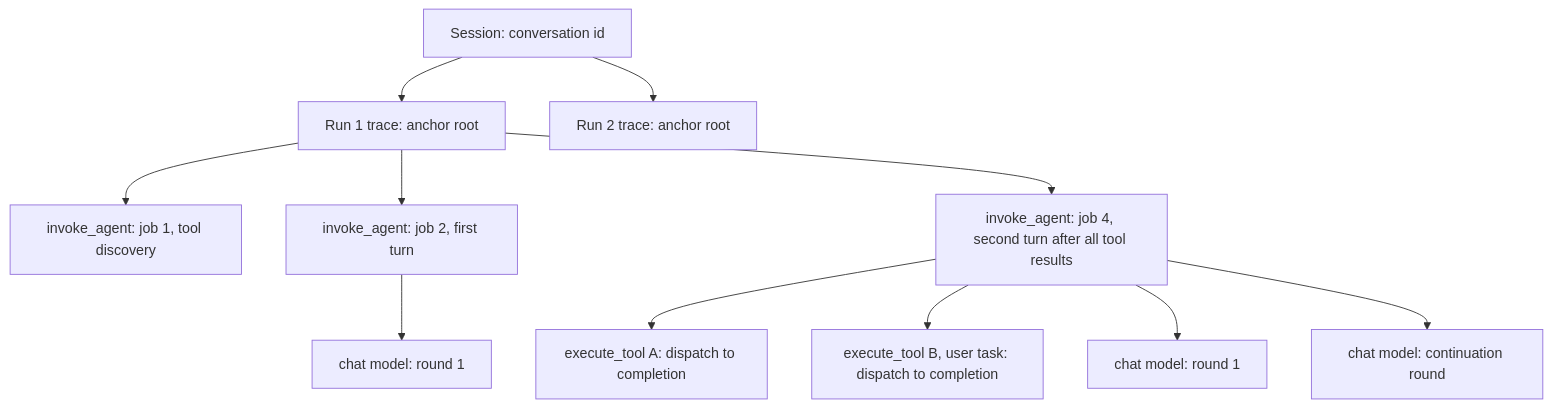
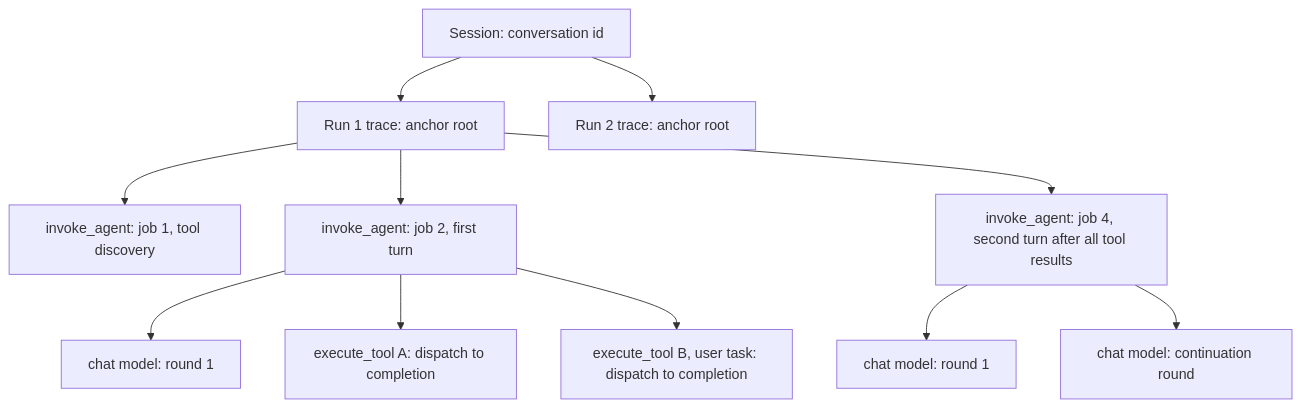
Before and after one commit to camunda/connectors: the first of 5 diagrams in docs/plans/2026-10-05-1445-feat-ai-agent-otel-genai-tracing-plan.md, drawn with Mermaid. The commit also changed other lines of this file and 2 other files, not shown here.

Commit message:
docs(agentic-ai): document the tool span parent and the run state field

````diff
--- a/docs/plans/2026-10-05-1445-feat-ai-agent-otel-genai-tracing-plan.md
+++ b/docs/plans/2026-10-05-1445-feat-ai-agent-otel-genai-tracing-plan.md
@@ -78,13 +78,13 @@
 ```mermaid
 flowchart TB
   S[Session: conversation id] --> R1[Run 1 trace: anchor root]
   S --> R2[Run 2 trace: anchor root]
   R1 --> J1[invoke_agent: job 1, tool discovery]
   R1 --> J2[invoke_agent: job 2, first turn]
   J2 --> C1[chat model: round 1]
+  J2 --> T1[execute_tool A: dispatch to completion]
+  J2 --> T2[execute_tool B, user task: dispatch to completion]
   R1 --> J3[invoke_agent: job 4, second turn after all tool results]
-  J3 --> T1[execute_tool A: dispatch to completion]
-  J3 --> T2[execute_tool B, user task: dispatch to completion]
   J3 --> C2[chat model: round 1]
   J3 --> C3[chat model: continuation round]
 ```
````
